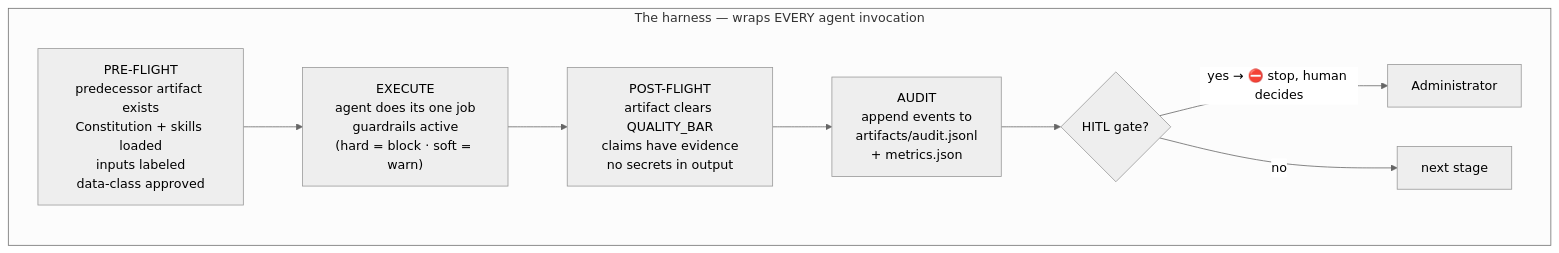
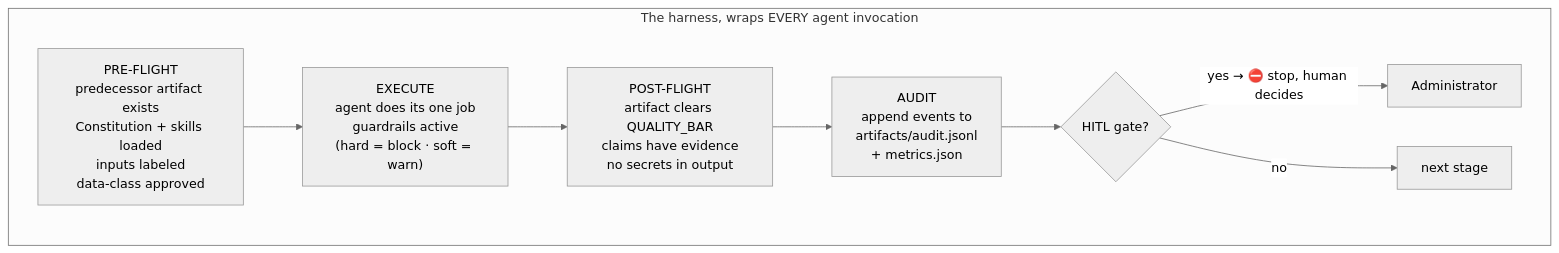
The diagram in HARNESS.md (karthikbadri12/applied-ai-studio), drawn with Mermaid (neutral theme) before and after one commit. The commit also changed other lines of this file and 11 other files, not shown here.

````diff
--- a/HARNESS.md
+++ b/HARNESS.md
@@ -8,14 +8,14 @@
 ```mermaid
 flowchart LR
-    subgraph HARNESS["The harness — wraps EVERY agent invocation"]
+    subgraph HARNESS["The harness, wraps EVERY agent invocation"]
         direction LR
         PRE["PRE-FLIGHT\npredecessor artifact exists\nConstitution + skills loaded\ninputs labeled\ndata-class approved"]
         RUN["EXECUTE\nagent does its one job\nguardrails active\n(hard = block · soft = warn)"]
         POST["POST-FLIGHT\nartifact clears QUALITY_BAR\nclaims have evidence\nno secrets in output"]
         AUDIT["AUDIT\nappend events to\nartifacts/audit.jsonl\n+ metrics.json"]
         GATE{"HITL gate?"}
         PRE --> RUN --> POST --> AUDIT --> GATE
         GATE -- "yes → ⛔ stop, human decides" --> HUMAN["Administrator"]
         GATE -- "no" --> NEXT["next stage"]
     end
 ```
````
